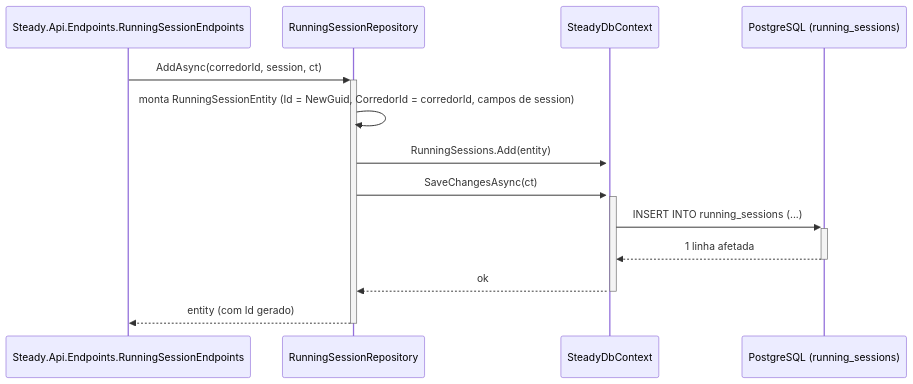
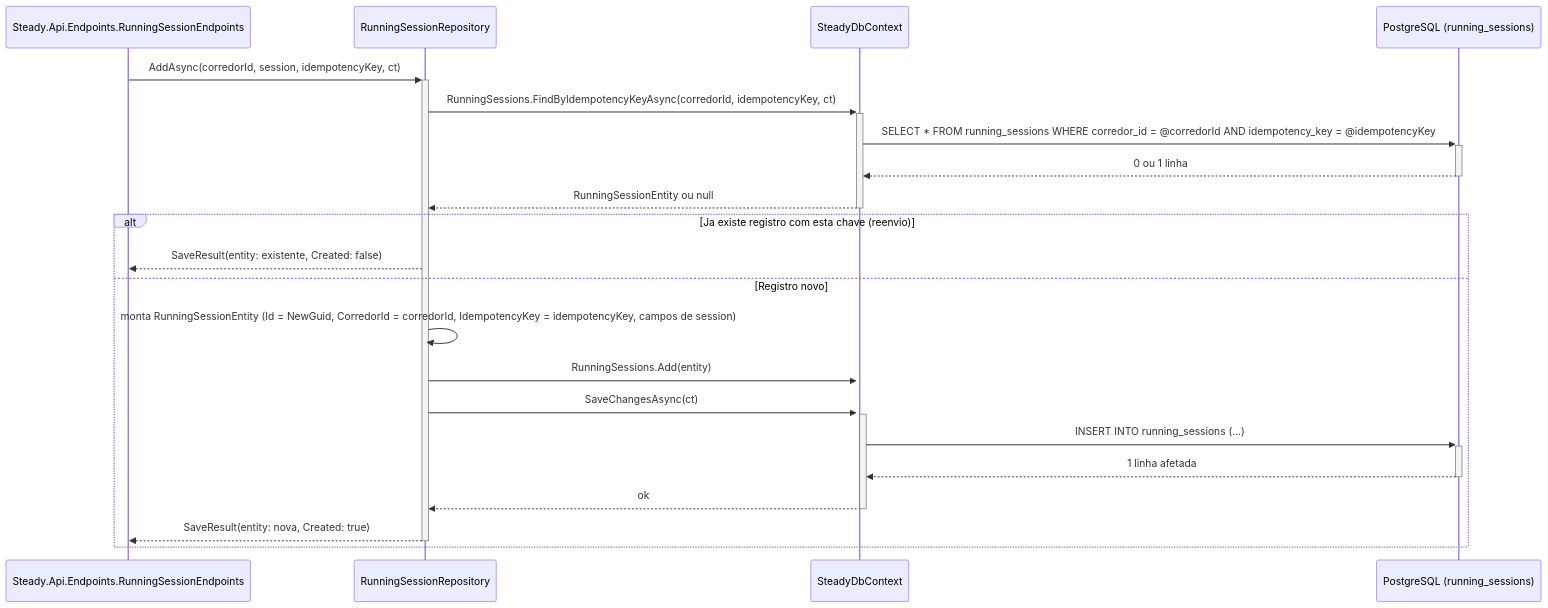
One commit to JoaoFPedro/steady-ia changed the first of 3 diagrams in DocumentAIReadme/Steady.Infrastructure/DevDocs/RunningSessionRepository-Persistencia-Treino-DevDocs.md. Above: the diagram before and after it, drawn with Mermaid. The commit also changed other lines of this file and 28 other files, not shown here.

````diff
--- a/DocumentAIReadme/Steady.Infrastructure/DevDocs/RunningSessionRepository-Persistencia-Treino-DevDocs.md
+++ b/DocumentAIReadme/Steady.Infrastructure/DevDocs/RunningSessionRepository-Persistencia-Treino-DevDocs.md
@@ -70,16 +76,24 @@
 ```mermaid
 sequenceDiagram
     participant Endpoint as Steady.Api.Endpoints.RunningSessionEndpoints
     participant Repository as RunningSessionRepository
     participant Context as SteadyDbContext
     participant Database as PostgreSQL (running_sessions)
 
-    Endpoint->>+Repository: AddAsync(corredorId, session, ct)
-    Repository->>Repository: monta RunningSessionEntity (Id = NewGuid, CorredorId = corredorId, campos de session)
-    Repository->>+Context: RunningSessions.Add(entity)
-    Repository->>+Context: SaveChangesAsync(ct)
-    Context->>+Database: INSERT INTO running_sessions (...)
-    Database-->>-Context: 1 linha afetada
-    Context-->>-Repository: ok
-    Repository-->>-Endpoint: entity (com Id gerado)
+    Endpoint->>+Repository: AddAsync(corredorId, session, idempotencyKey, ct)
+    Repository->>+Context: RunningSessions.FindByIdempotencyKeyAsync(corredorId, idempotencyKey, ct)
+    Context->>+Database: SELECT * FROM running_sessions WHERE corredor_id = @corredorId AND idempotency_key = @idempotencyKey
+    Database-->>-Context: 0 ou 1 linha
+    Context-->>-Repository: RunningSessionEntity ou null
+    alt Ja existe registro com esta chave (reenvio)
+        Repository-->>Endpoint: SaveResult(entity: existente, Created: false)
+    else Registro novo
+        Repository->>Repository: monta RunningSessionEntity (Id = NewGuid, CorredorId = corredorId, IdempotencyKey = idempotencyKey, campos de session)
+        Repository->>+Context: RunningSessions.Add(entity)
+        Repository->>+Context: SaveChangesAsync(ct)
+        Context->>+Database: INSERT INTO running_sessions (...)
+        Database-->>-Context: 1 linha afetada
+        Context-->>-Repository: ok
+        Repository-->>-Endpoint: SaveResult(entity: nova, Created: true)
+    end
 ```
````
